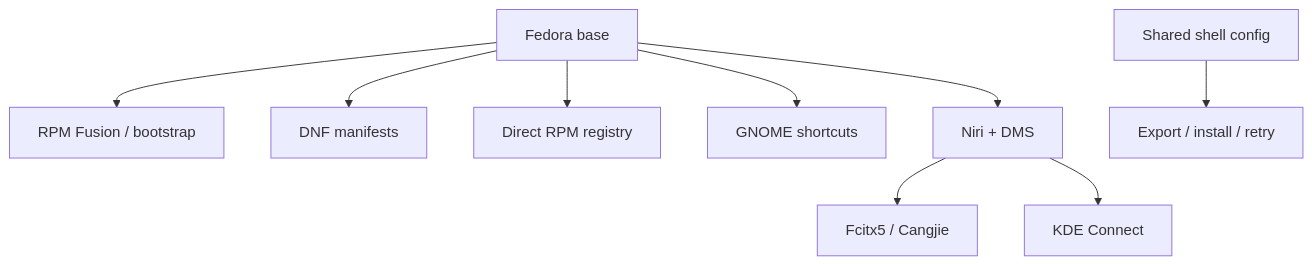
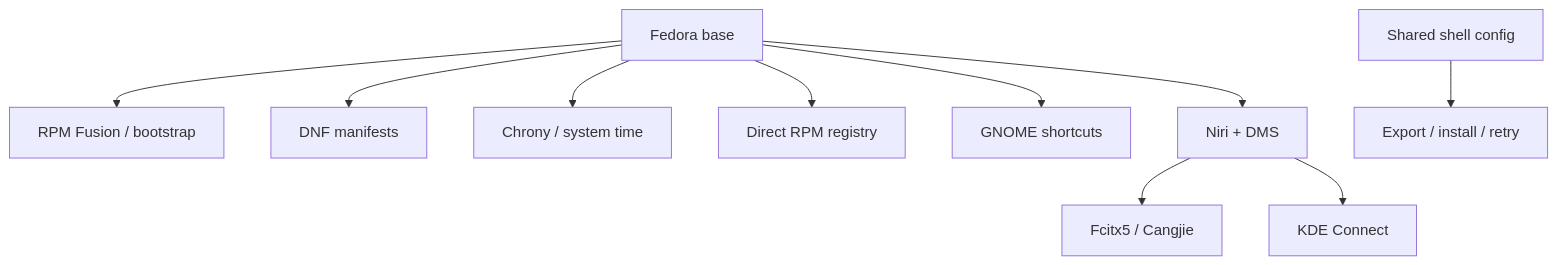
One commit to UnWanHin/MyUnix changed the diagram in docs/obsidian/workstation.md. Above: the diagram before and after it, drawn with Mermaid. The commit also changed other lines of this file and 13 other files, not shown here.

````diff
--- a/docs/obsidian/workstation.md
+++ b/docs/obsidian/workstation.md
@@ -9,11 +9,12 @@
 ```mermaid
 flowchart TD
   Fedora[Fedora base] --> Bootstrap[RPM Fusion / bootstrap]
   Fedora --> DNF[DNF manifests]
+  Fedora --> Time[Chrony / system time]
   Fedora --> RPM[Direct RPM registry]
   Fedora --> GNOME[GNOME shortcuts]
   Fedora --> Niri[Niri + DMS]
   Niri --> Fcitx[Fcitx5 / Cangjie]
   Niri --> Phone[KDE Connect]
   Shell[Shared shell config] --> Recovery[Export / install / retry]
 ```
````
